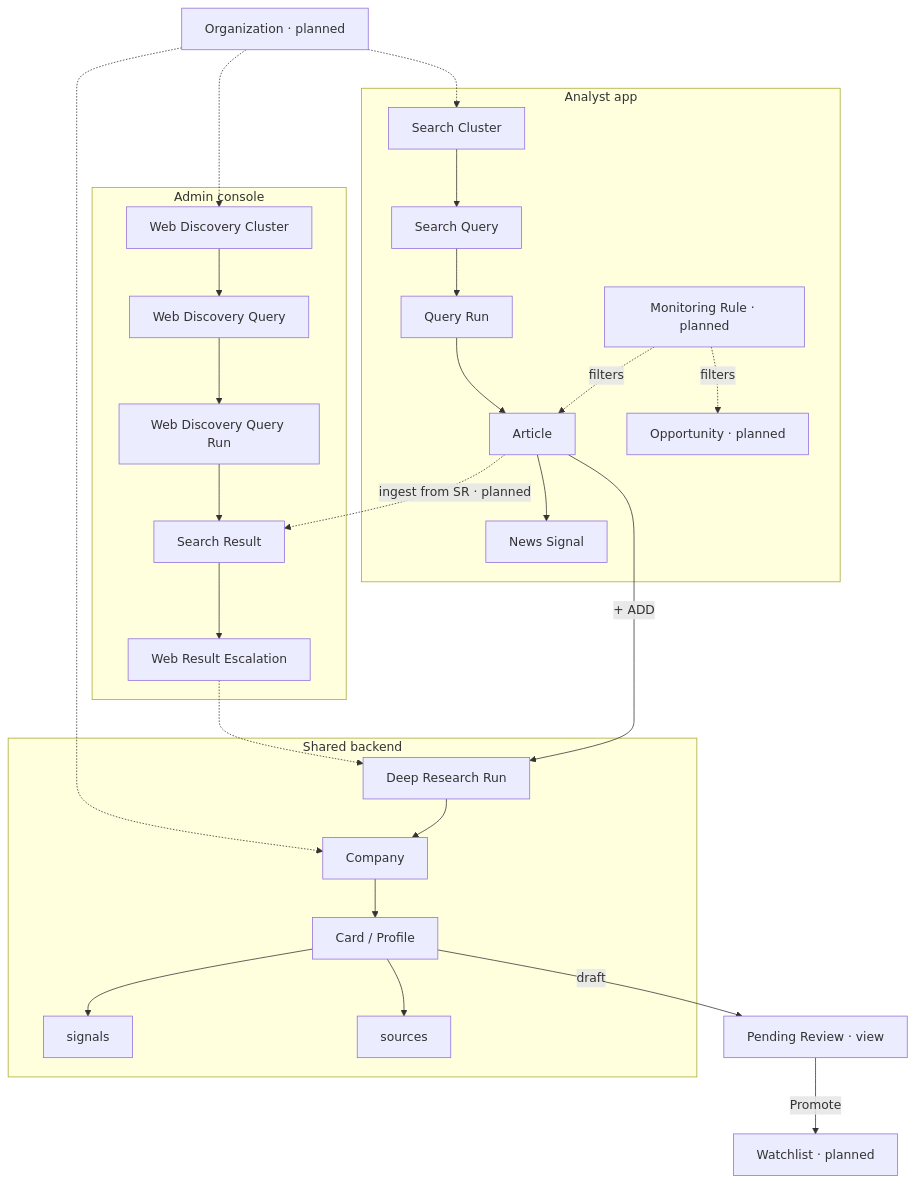
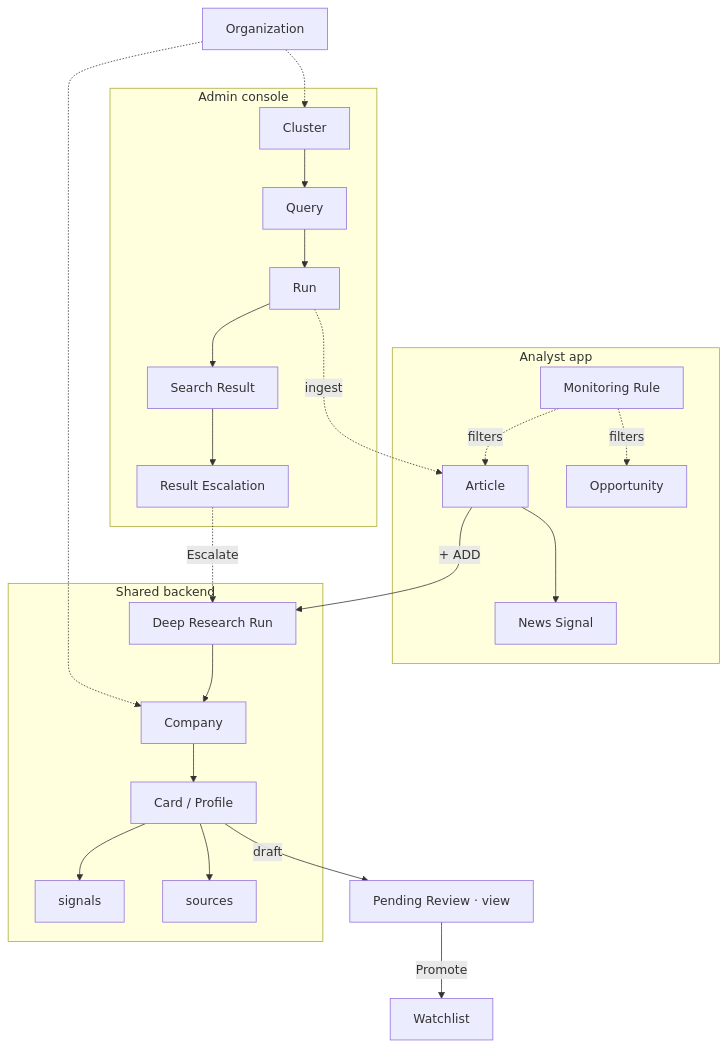
The first of 7 diagrams in docs/phase-1/P1-03.md (Growth-Maschine/NORAD-INTEL-ENGINE-V1), drawn with Mermaid before and after one commit. The commit also changed other lines of this file and 9 other files, not shown here.

````diff
--- a/docs/phase-1/P1-03.md
+++ b/docs/phase-1/P1-03.md
@@ -108,50 +102,45 @@
 ```mermaid
 flowchart TD
-    ORG[Organization · planned]
+    ORG[Organization]
 
     subgraph Admin["Admin console"]
-        WDC[Web Discovery Cluster]
-        WDQ[Web Discovery Query]
-        WDR[Web Discovery Query Run]
+        CL[Cluster]
+        Q[Query]
+        RUN[Run]
         SR[Search Result]
-        WESC[Web Result Escalation]
+        ESC[Result Escalation]
     end
 
     subgraph Analyst["Analyst app"]
-        SC[Search Cluster]
-        SQ[Search Query]
-        QR[Query Run]
         ART[Article]
         NS[News Signal]
-        MR[Monitoring Rule · planned]
-        OPP[Opportunity · planned]
+        MR[Monitoring Rule]
+        OPP[Opportunity]
     end
 
     subgraph Shared["Shared backend"]
         DRR[Deep Research Run]
         CO[Company]
         CARD[Card / Profile]
         SIG[signals]
         SRC[sources]
     end
 
-    ORG -.-> WDC
-    ORG -.-> SC
+    ORG -.-> CL
     ORG -.-> CO
 
-    WDC --> WDQ --> WDR --> SR
-    SR --> WESC
-    WESC -.-> DRR
+    CL --> Q --> RUN --> SR
+    SR --> ESC
+    ESC -.->|Escalate| DRR
 
-    SC --> SQ --> QR --> ART --> NS
+    RUN -.->|ingest| ART --> NS
     MR -.->|filters| ART
     MR -.->|filters| OPP
-    ART -.->|ingest from SR · planned| SR
 
     ART -->|+ ADD| DRR
     DRR --> CO --> CARD
     CARD --> SIG
     CARD --> SRC
     CARD -->|draft| PR[Pending Review · view]
-    PR -->|Promote| WL[Watchlist · planned]
+    PR -->|Promote| WL[Watchlist]
 ```
````
